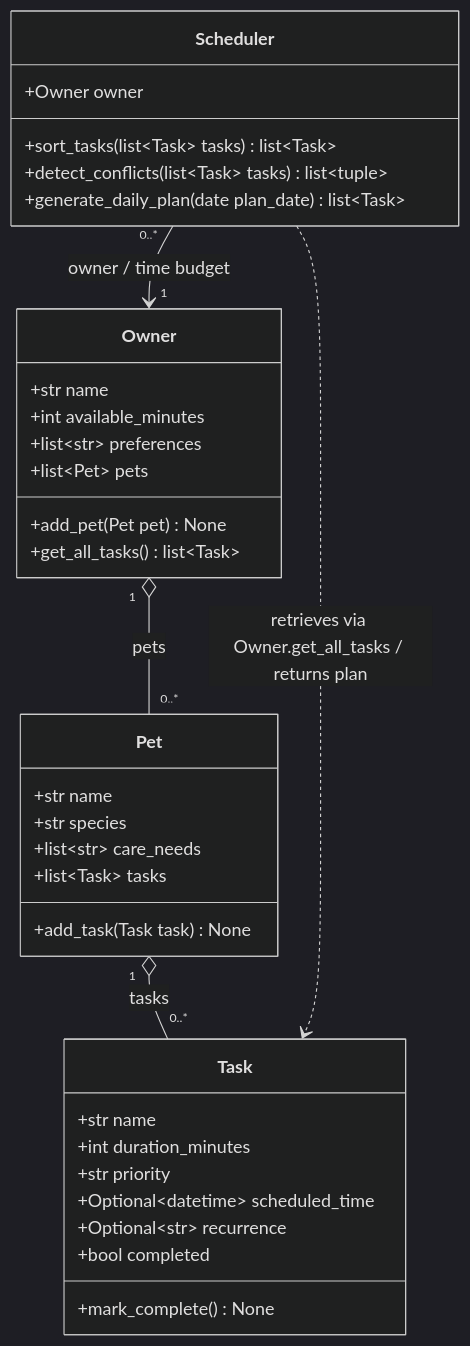
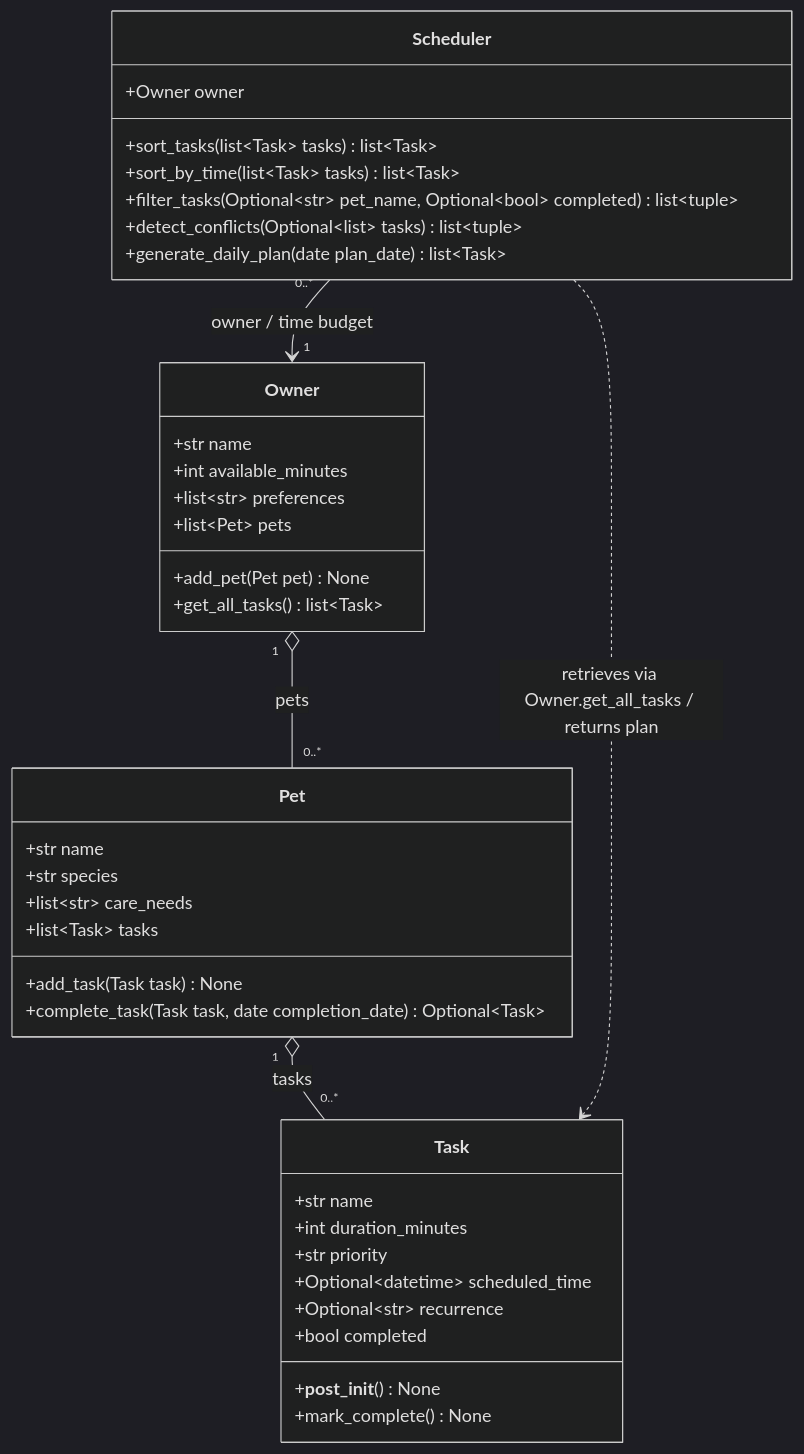
The diagram in diagrams/uml_draft.mmd (elOHel65/ai110-module2show-pawpal-starter), drawn with Mermaid (dark theme) before and after one commit. The commit also changed 5 other files, not shown here.

```diff
--- a/diagrams/uml_draft.mmd
+++ b/diagrams/uml_draft.mmd
@@ -1,38 +1,46 @@
 classDiagram
     %% Optional scheduled_time is an absolute start datetime.
     %% The daily plan is a returned list of Tasks, not a separate class.
     class Owner {
         +str name
         +int available_minutes
         +list~str~ preferences
         +list~Pet~ pets
         +add_pet(Pet pet) None
         +get_all_tasks() list~Task~
     }
     class Pet {
         +str name
         +str species
         +list~str~ care_needs
         +list~Task~ tasks
         +add_task(Task task) None
+        +complete_task(Task task, date completion_date) Optional~Task~
     }
     class Task {
         +str name
         +int duration_minutes
         +str priority
         +Optional~datetime~ scheduled_time
         +Optional~str~ recurrence
         +bool completed
+        +__post_init__() None
         +mark_complete() None
     }
     class Scheduler {
         +Owner owner
         +sort_tasks(list~Task~ tasks) list~Task~
-        +detect_conflicts(list~Task~ tasks) list~tuple~
+        +sort_by_time(list~Task~ tasks) list~Task~
+        +filter_tasks(Optional~str~ pet_name, Optional~bool~ completed) list~tuple~
+        +detect_conflicts(Optional~list~ tasks) list~tuple~
         +generate_daily_plan(date plan_date) list~Task~
     }
     Owner "1" o-- "0..*" Pet : pets
     Pet "1" o-- "0..*" Task : tasks
     Scheduler "0..*" --> "1" Owner : owner / time budget
     Scheduler ..> Task : retrieves via Owner.get_all_tasks / returns plan
     %% detect_conflicts returns list[tuple[Task, Task]] (overlapping pairs).
+    %% filter_tasks returns list[tuple[Pet, Task]]; None filters mean any value.
+    %% detect_conflicts defaults to all pets' incomplete tasks when tasks is None.
+    %% Pet.complete_task returns the next occurrence or None; originals remain in history.
+    %% Task recurrence is None, daily, or weekly; recurring tasks require datetime.
```
